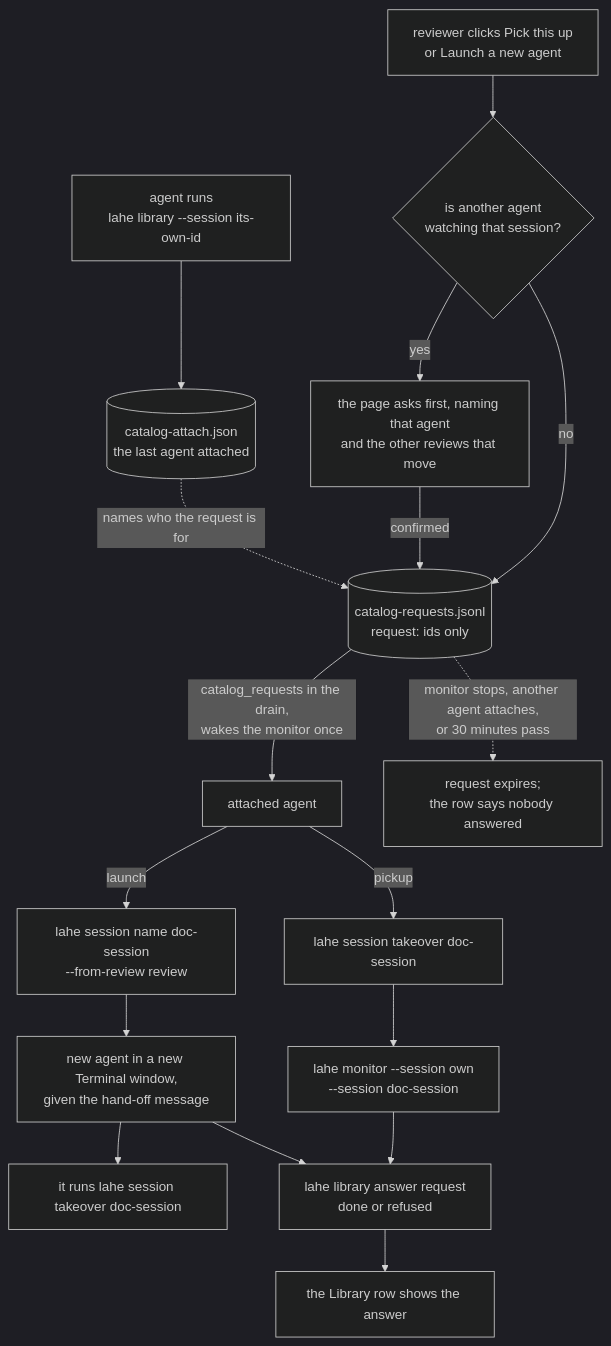
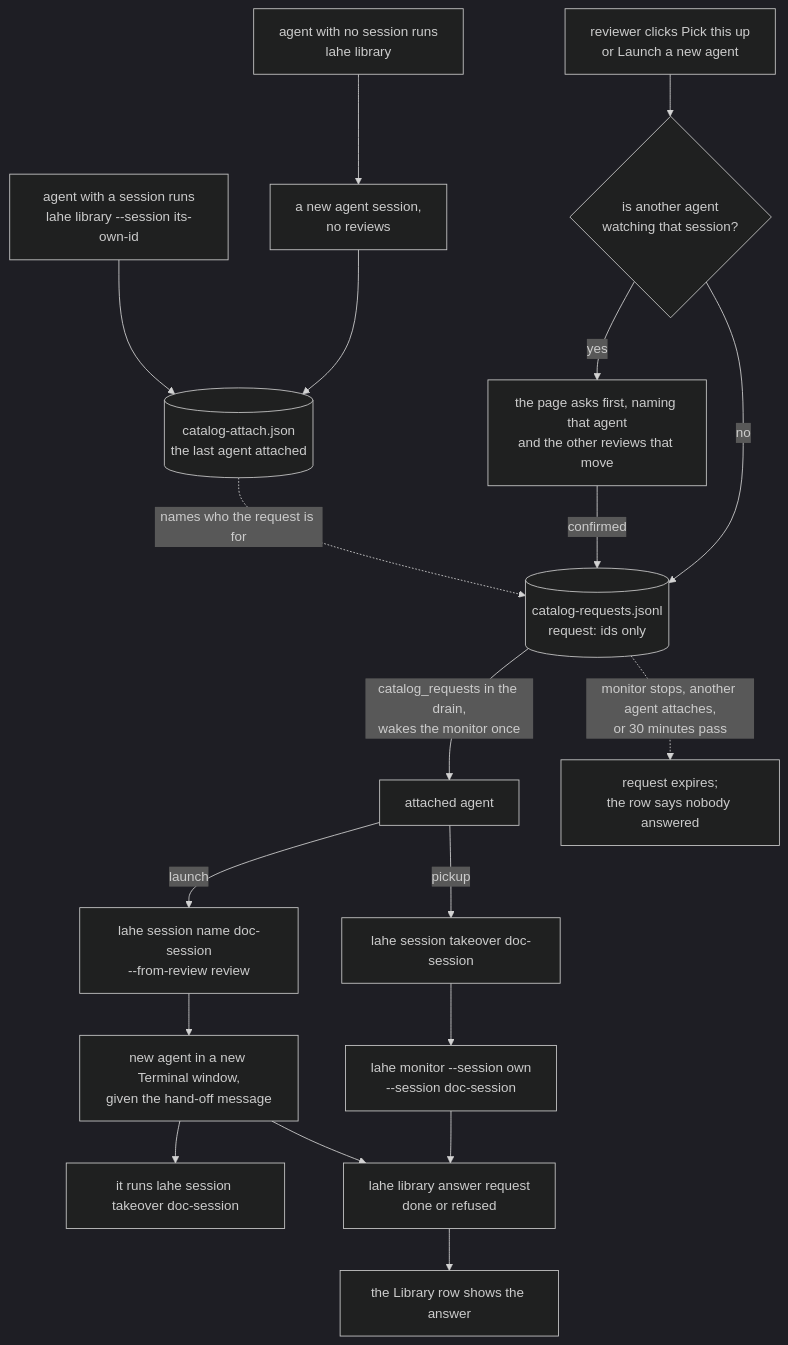
One commit to kenxle/live-agentic-html-editor changed the second of 3 diagrams in docs/diagrams/session_ownership.md. Above: the diagram before and after it, drawn with Mermaid (dark theme). The commit also changed other lines of this file and 7 other files, not shown here.

````diff
--- a/docs/diagrams/session_ownership.md
+++ b/docs/diagrams/session_ownership.md
@@ -61,19 +66,21 @@
 ```mermaid
 flowchart TD
-    Attach["agent runs<br/>lahe library --session its-own-id"] --> AttachFile[("catalog-attach.json<br/>the last agent attached")]
+    Bare["agent with no session runs<br/>lahe library"] --> Mint["a new agent session,<br/>no reviews"]
+    Mint --> AttachFile[("catalog-attach.json<br/>the last agent attached")]
+    Attach["agent with a session runs<br/>lahe library --session its-own-id"] --> AttachFile
     Click["reviewer clicks Pick this up<br/>or Launch a new agent"] --> Watched{"is another agent<br/>watching that session?"}
     Watched -->|"yes"| Confirm["the page asks first, naming that agent<br/>and the other reviews that move"]
     Watched -->|"no"| Queue
     Confirm -->|"confirmed"| Queue[("catalog-requests.jsonl<br/>request: ids only")]
     AttachFile -.->|"names who the request is for"| Queue
     Queue -->|"catalog_requests in the drain,<br/>wakes the monitor once"| Agent["attached agent"]
     Agent -->|"pickup"| Take["lahe session takeover doc-session"]
     Take --> Both["lahe monitor --session own<br/>--session doc-session"]
     Agent -->|"launch"| Name["lahe session name doc-session<br/>--from-review review"]
     Name --> NewAgent["new agent in a new Terminal window,<br/>given the hand-off message"]
     NewAgent --> Take2["it runs lahe session takeover doc-session"]
     Both --> Answer["lahe library answer request<br/>done or refused"]
     NewAgent --> Answer
     Answer --> Row["the Library row shows the answer"]
     Queue -.->|"monitor stops, another agent attaches,<br/>or 30 minutes pass"| Expired["request expires;<br/>the row says nobody answered"]
 ```
````
